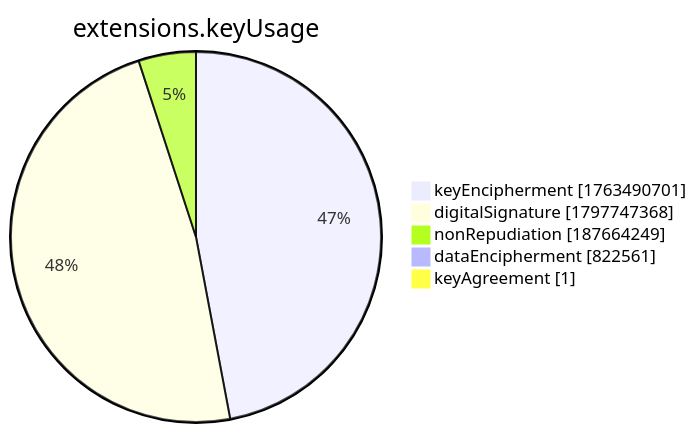
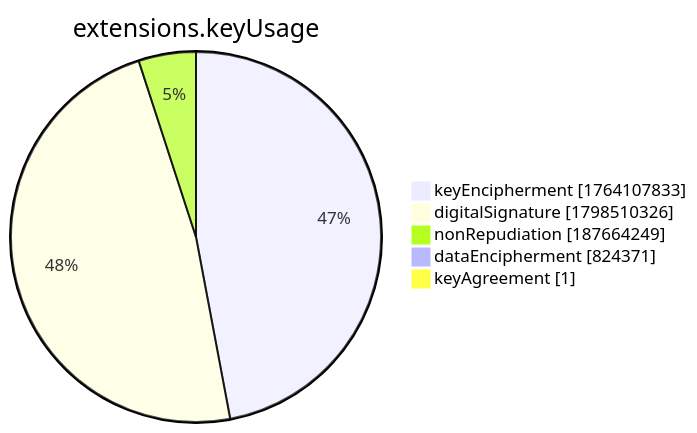
The seventh of 15 diagrams in xenon2022/README.md (christiankrug/ctmonitor_visualization), drawn with Mermaid before and after one commit. The commit also changed other lines of this file, not shown here.

````diff
--- a/xenon2022/README.md
+++ b/xenon2022/README.md
@@ -2859,9 +2859,9 @@
 ```mermaid
 pie showData
 title extensions.keyUsage
-"keyEncipherment" :1763490701
-"digitalSignature" :1797747368
+"keyEncipherment" :1764107833
+"digitalSignature" :1798510326
 "nonRepudiation" :187664249
-"dataEncipherment" :822561
+"dataEncipherment" :824371
 "keyAgreement" :1
 ```
````
